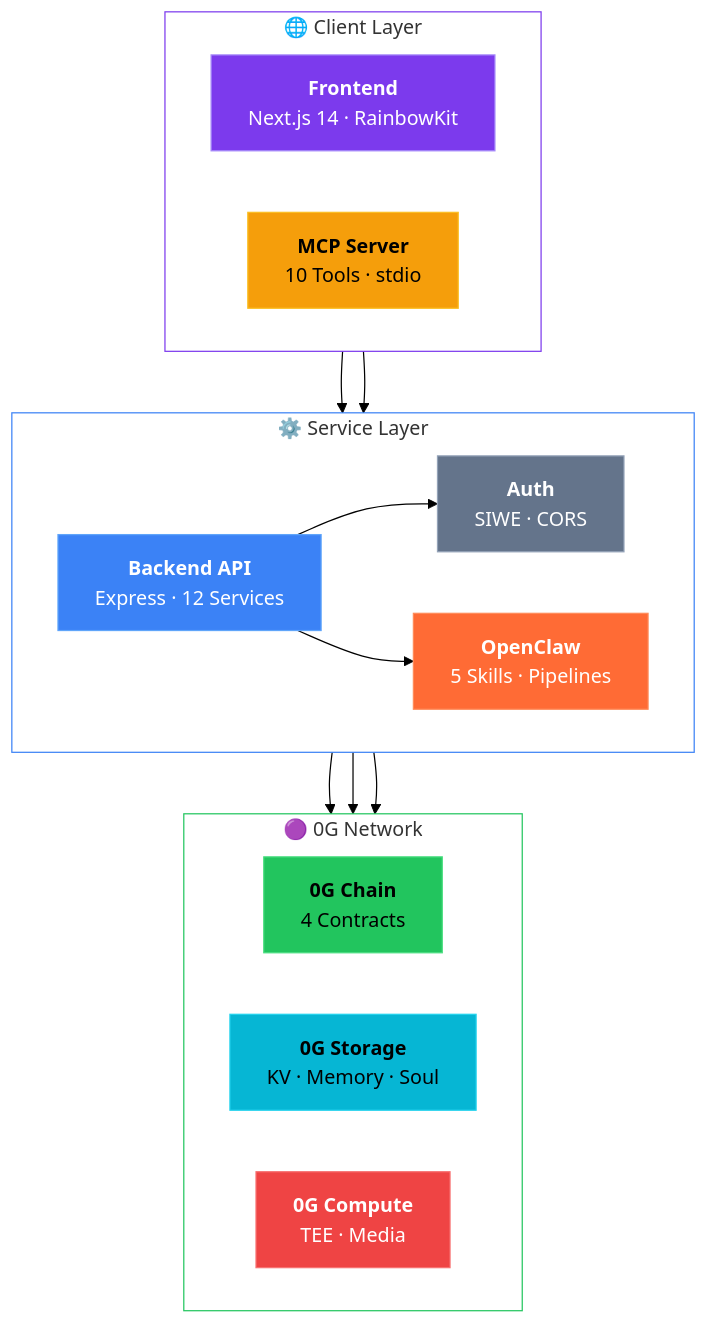
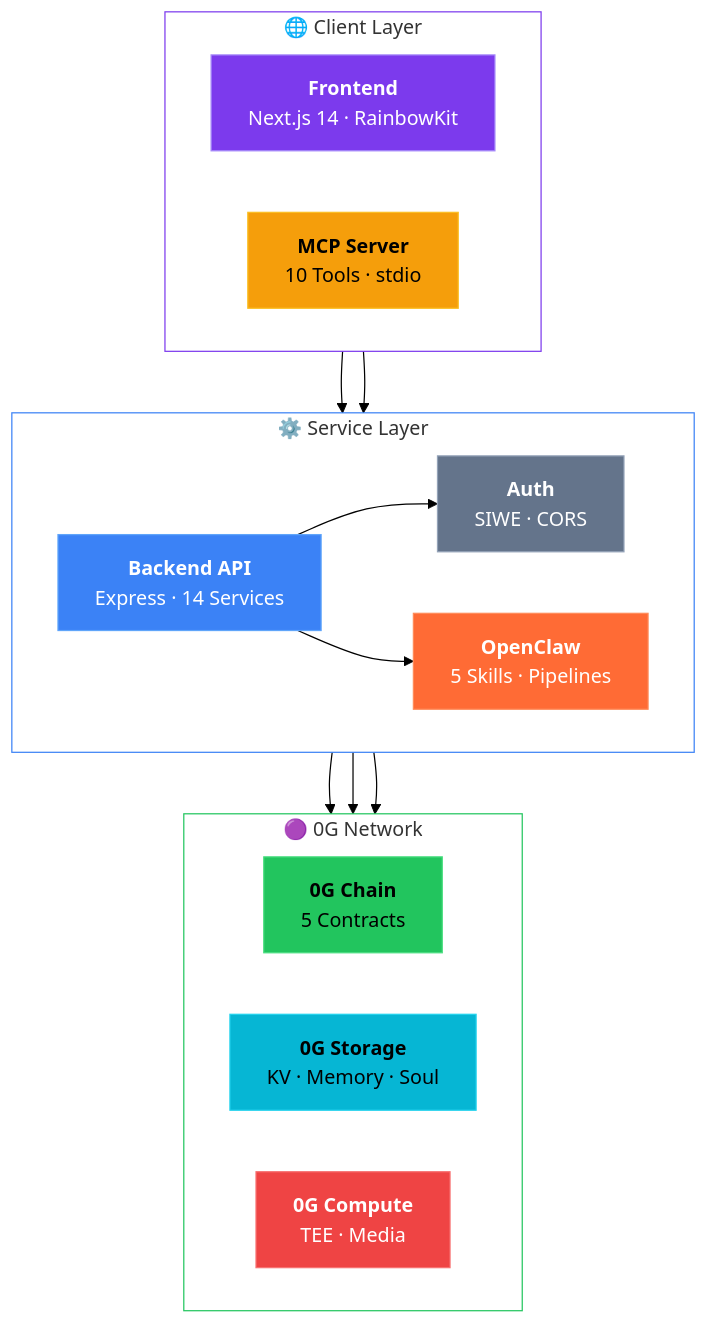
One commit to henrymartin262/AIsphere changed the first of 4 diagrams in README.md. Above: the diagram before and after it, drawn with Mermaid (forest theme). The commit also changed other lines of this file and 2 other files, not shown here.

````diff
--- a/README.md
+++ b/README.md
@@ -64,42 +64,42 @@
 ```mermaid
 graph TB
     subgraph Client["🌐 Client Layer"]
         direction LR
         FE["<b>Frontend</b><br/>Next.js 14 · RainbowKit"]
         MCP["<b>MCP Server</b><br/>10 Tools · stdio"]
     end
 
     subgraph Service["⚙️ Service Layer"]
         direction LR
         AUTH["<b>Auth</b><br/>SIWE · CORS"]
-        BE["<b>Backend API</b><br/>Express · 12 Services"]
+        BE["<b>Backend API</b><br/>Express · 14 Services"]
         OC["<b>OpenClaw</b><br/>5 Skills · Pipelines"]
     end
 
     subgraph ZeroG["🟣 0G Network"]
         direction LR
-        CHAIN["<b>0G Chain</b><br/>4 Contracts"]
+        CHAIN["<b>0G Chain</b><br/>5 Contracts"]
         STORAGE["<b>0G Storage</b><br/>KV · Memory · Soul"]
         COMPUTE["<b>0G Compute</b><br/>TEE · Media"]
     end
 
     FE --> BE
     MCP --> BE
     BE --> AUTH
     BE --> OC
     AUTH --> CHAIN
     AUTH --> STORAGE
     OC --> COMPUTE
 
     style Client fill:transparent,stroke:#7c3aed,color:#333
     style Service fill:transparent,stroke:#3b82f6,color:#333
     style ZeroG fill:transparent,stroke:#22c55e,color:#333
     style FE fill:#7c3aed,stroke:#a78bfa,color:#fff
     style MCP fill:#f59e0b,stroke:#fbbf24,color:#000
     style AUTH fill:#64748b,stroke:#94a3b8,color:#fff
     style BE fill:#3b82f6,stroke:#60a5fa,color:#fff
     style OC fill:#ff6b35,stroke:#ff8c5a,color:#fff
     style CHAIN fill:#22c55e,stroke:#4ade80,color:#000
     style STORAGE fill:#06b6d4,stroke:#22d3ee,color:#000
     style COMPUTE fill:#ef4444,stroke:#f87171,color:#fff
 ```
````
